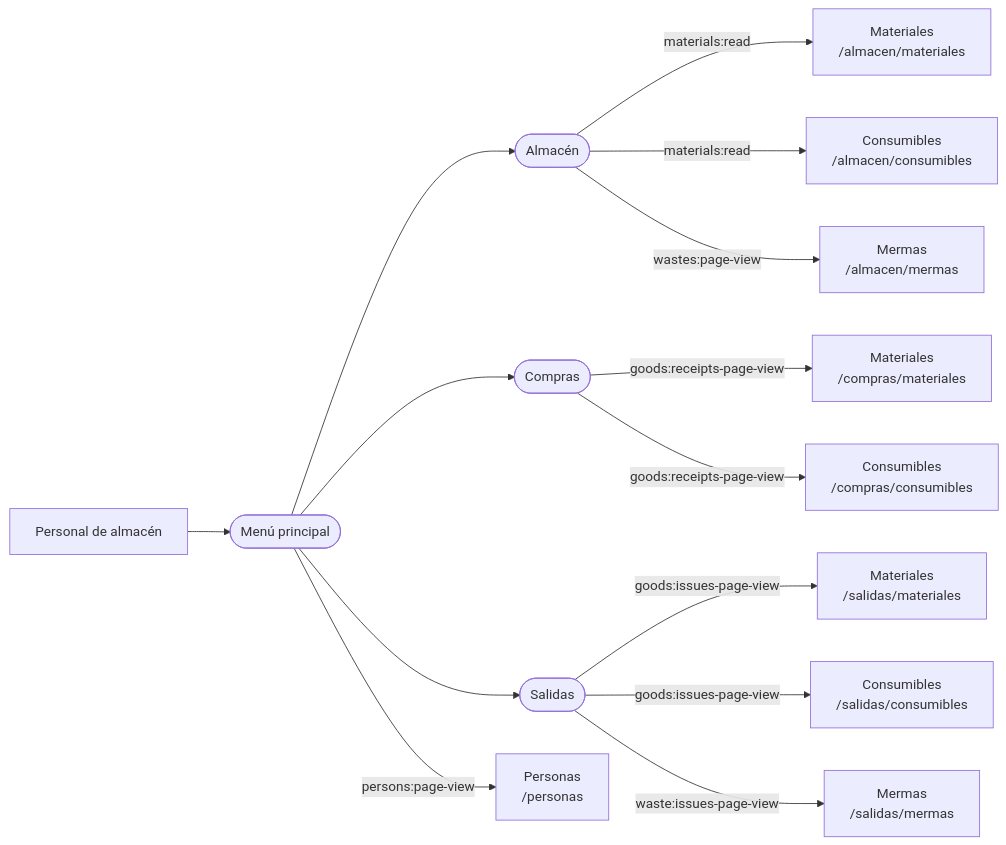
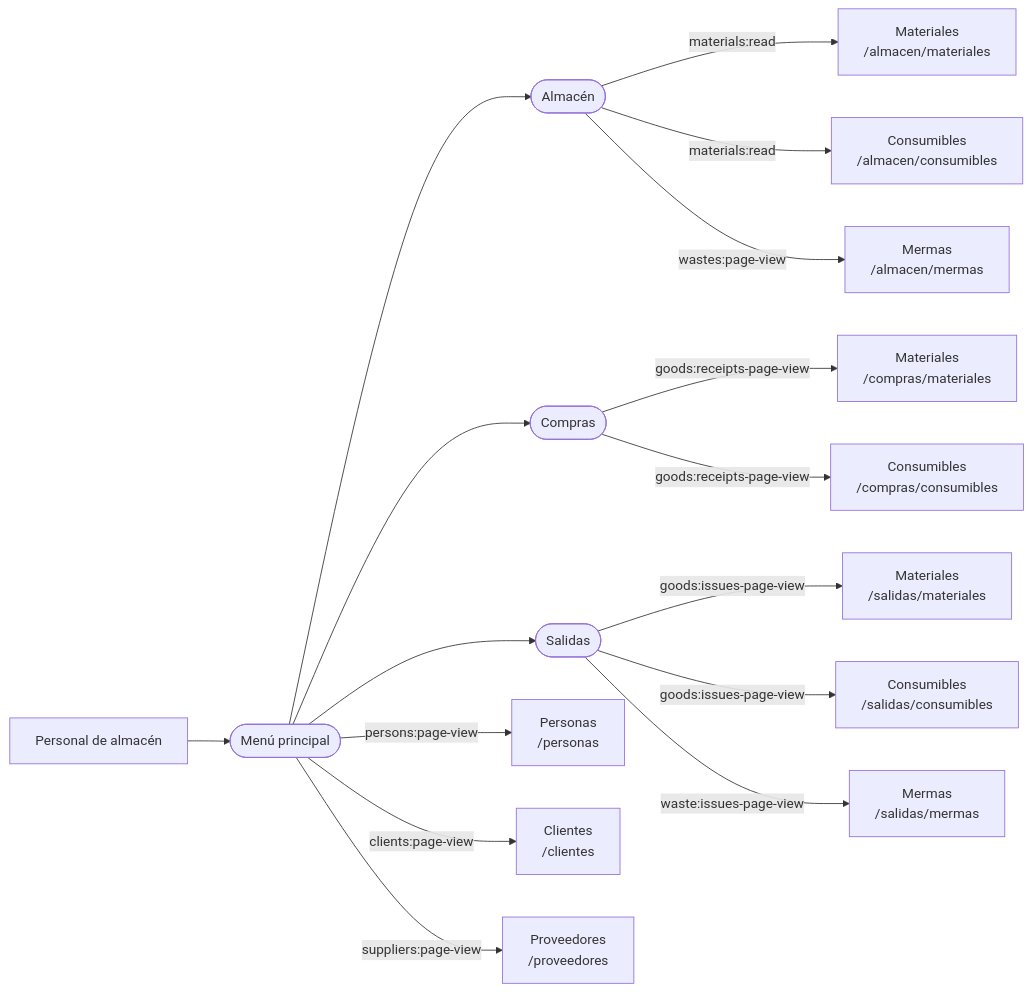
One commit to gpgsistemas01/nexus changed the second of 4 diagrams in docs/architecture/views/scenarios/web-navigation-and-screen-catalog/02-map-visual-of-navigation.md. Above: the diagram before and after it, drawn with Mermaid. The commit also changed other lines of this file and 142 other files, not shown here.

````diff
--- a/docs/architecture/views/scenarios/web-navigation-and-screen-catalog/02-map-visual-of-navigation.md
+++ b/docs/architecture/views/scenarios/web-navigation-and-screen-catalog/02-map-visual-of-navigation.md
@@ -65,16 +64,18 @@
 ```mermaid
 flowchart LR
     actor["Personal de almacén"] --> menu(["Menú principal"])
     menu --> warehouse(["Almacén"])
     warehouse -->|"materials:read"| materials["Materiales<br/>/almacen/materiales"]
     warehouse -->|"materials:read"| consumables["Consumibles<br/>/almacen/consumibles"]
     warehouse -->|"wastes:page-view"| wastes["Mermas<br/>/almacen/mermas"]
     menu --> purchases(["Compras"])
     purchases -->|"goods:receipts-page-view"| materialPurchases["Materiales<br/>/compras/materiales"]
     purchases -->|"goods:receipts-page-view"| consumablePurchases["Consumibles<br/>/compras/consumibles"]
     menu --> issues(["Salidas"])
     issues -->|"goods:issues-page-view"| goodsIssues["Materiales<br/>/salidas/materiales"]
     issues -->|"goods:issues-page-view"| consumableIssues["Consumibles<br/>/salidas/consumibles"]
     issues -->|"waste:issues-page-view"| wasteIssues["Mermas<br/>/salidas/mermas"]
     menu -->|"persons:page-view"| persons["Personas<br/>/personas"]
+    menu -->|"clients:page-view"| clients["Clientes<br/>/clientes"]
+    menu -->|"suppliers:page-view"| suppliers["Proveedores<br/>/proveedores"]
 ```
````
